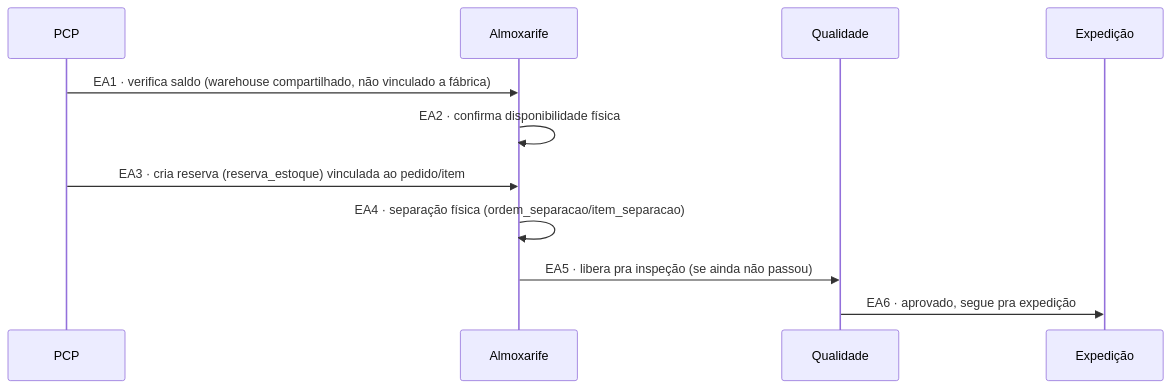
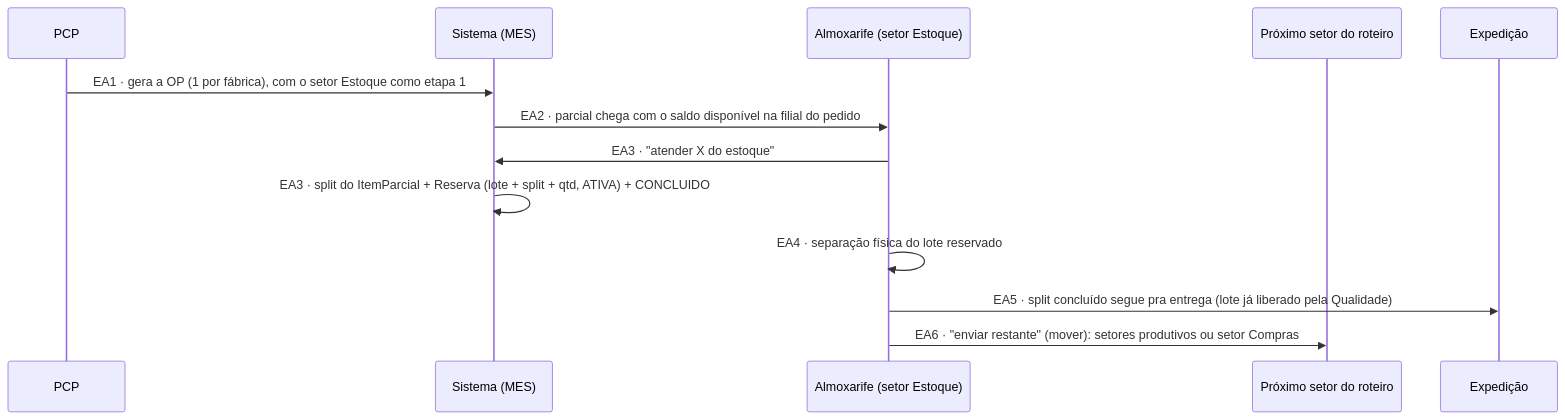
The first of 3 diagrams in 02-PRD-Estoque/Fluxo-Estoque-Completo.md (Acosvital/vault-avhub-mer), drawn with Mermaid before and after one commit. The commit also changed other lines of this file and 36 other files, not shown here.

First line of the commit message:
Encaixe do Estoque e da Revenda no fluxo do PCP (MES)

````diff
--- a/02-PRD-Estoque/Fluxo-Estoque-Completo.md
+++ b/02-PRD-Estoque/Fluxo-Estoque-Completo.md
@@ -27,14 +29,16 @@
 ```mermaid
 sequenceDiagram
     participant PCP
-    participant Alm as Almoxarife
-    participant Qual as Qualidade
+    participant Sist as Sistema (MES)
+    participant Alm as Almoxarife (setor Estoque)
+    participant Prox as Próximo setor do roteiro
     participant Exp as Expedição
 
-    PCP->>Alm: EA1 · verifica saldo (warehouse compartilhado, não vinculado a fábrica)
-    Alm->>Alm: EA2 · confirma disponibilidade física
-    PCP->>Alm: EA3 · cria reserva (reserva_estoque) vinculada ao pedido/item
-    Alm->>Alm: EA4 · separação física (ordem_separacao/item_separacao)
-    Alm->>Qual: EA5 · libera pra inspeção (se ainda não passou)
-    Qual->>Exp: EA6 · aprovado, segue pra expedição
+    PCP->>Sist: EA1 · gera a OP (1 por fábrica), com o setor Estoque como etapa 1
+    Sist->>Alm: EA2 · parcial chega com o saldo disponível na filial do pedido
+    Alm->>Sist: EA3 · "atender X do estoque"
+    Sist->>Sist: EA3 · split do ItemParcial + Reserva (lote + split + qtd, ATIVA) + CONCLUIDO
+    Alm->>Alm: EA4 · separação física do lote reservado
+    Alm->>Exp: EA5 · split concluído segue pra entrega (lote já liberado pela Qualidade)
+    Alm->>Prox: EA6 · "enviar restante" (mover): setores produtivos ou setor Compras
 ```
````
